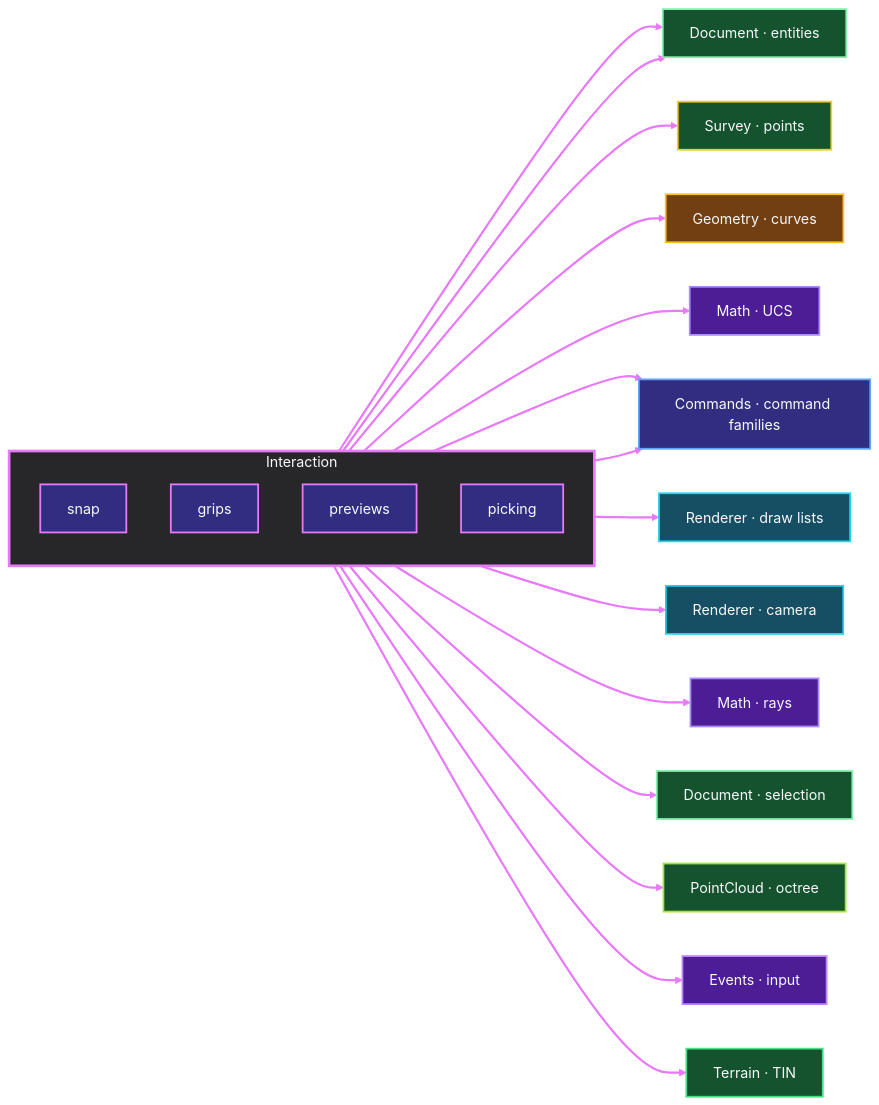
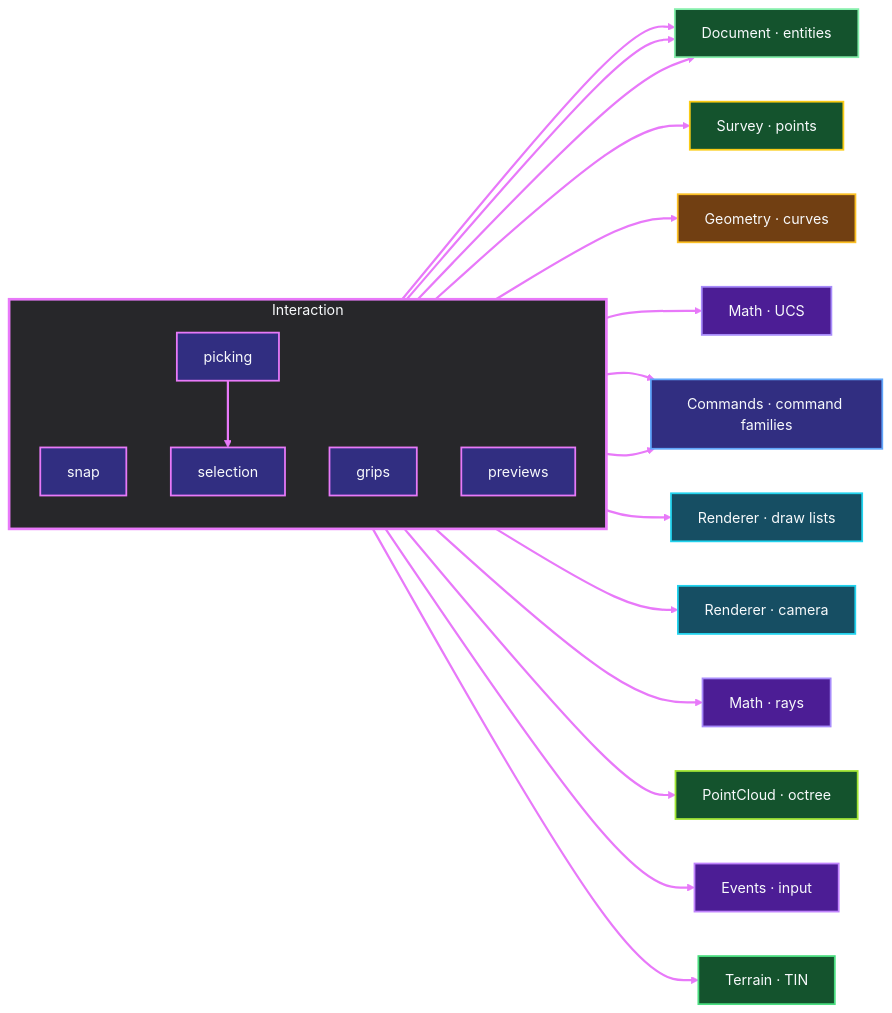
Diagram 23 of 42 in docs/architecture/system-dependencies.md (chetjones003/GoSurvey), drawn with Mermaid before and after one commit. The commit also changed other lines of this file and 5 other files, not shown here.

First line of the commit message:
docs(architecture): record drawing content and entity store ownership

````diff
--- a/docs/architecture/system-dependencies.md
+++ b/docs/architecture/system-dependencies.md
@@ -632,67 +632,69 @@
 ```mermaid
 flowchart LR
   subgraph interaction__SRC["Interaction"]
     direction TB
     interaction__snap["snap"]
     interaction__grips["grips"]
     interaction__prev["previews"]
     interaction__pick["picking"]
+    interaction__sel["selection"]
   end
   interaction__t_document_ent["Document · entities"]
   interaction__t_survey_pts["Survey · points"]
   interaction__t_geometry_curves["Geometry · curves"]
   interaction__t_math_ucs["Math · UCS"]
   interaction__t_commands_fam["Commands · command families"]
   interaction__t_renderer_lists["Renderer · draw lists"]
   interaction__t_renderer_cam["Renderer · camera"]
   interaction__t_math_rays["Math · rays"]
-  interaction__t_document_sel["Document · selection"]
   interaction__t_pointcloud_oct["PointCloud · octree"]
   interaction__t_events_input["Events · input"]
   interaction__t_terrain_tin["Terrain · TIN"]
   interaction__snap --> interaction__t_document_ent
   interaction__snap --> interaction__t_survey_pts
   interaction__snap --> interaction__t_geometry_curves
   interaction__snap --> interaction__t_math_ucs
   interaction__grips --> interaction__t_document_ent
   interaction__grips --> interaction__t_commands_fam
   interaction__prev --> interaction__t_renderer_lists
   interaction__prev --> interaction__t_commands_fam
   interaction__pick --> interaction__t_renderer_cam
   interaction__pick --> interaction__t_math_rays
-  interaction__pick --> interaction__t_document_sel
+  interaction__pick --> interaction__sel
   interaction__pick --> interaction__t_pointcloud_oct
   interaction__pick --> interaction__t_events_input
   interaction__pick --> interaction__t_terrain_tin
+  interaction__sel --> interaction__t_document_ent
   style interaction__SRC fill:#27272a,stroke:#e879f9,stroke-width:3px,color:#f8fafc
   style interaction__snap fill:#312e81,stroke:#e879f9,stroke-width:2px,color:#f8fafc
   style interaction__grips fill:#312e81,stroke:#e879f9,stroke-width:2px,color:#f8fafc
   style interaction__prev fill:#312e81,stroke:#e879f9,stroke-width:2px,color:#f8fafc
   style interaction__pick fill:#312e81,stroke:#e879f9,stroke-width:2px,color:#f8fafc
+  style interaction__sel fill:#312e81,stroke:#e879f9,stroke-width:2px,color:#f8fafc
   style interaction__t_document_ent fill:#14532d,stroke:#86efac,stroke-width:2px,color:#f8fafc
   style interaction__t_survey_pts fill:#14532d,stroke:#facc15,stroke-width:2px,color:#f8fafc
   style interaction__t_geometry_curves fill:#713f12,stroke:#fbbf24,stroke-width:2px,color:#f8fafc
   style interaction__t_math_ucs fill:#4c1d95,stroke:#a78bfa,stroke-width:2px,color:#f8fafc
   style interaction__t_commands_fam fill:#312e81,stroke:#60a5fa,stroke-width:2px,color:#f8fafc
   style interaction__t_renderer_lists fill:#164e63,stroke:#22d3ee,stroke-width:2px,color:#f8fafc
   style interaction__t_renderer_cam fill:#164e63,stroke:#22d3ee,stroke-width:2px,color:#f8fafc
   style interaction__t_math_rays fill:#4c1d95,stroke:#a78bfa,stroke-width:2px,color:#f8fafc
-  style interaction__t_document_sel fill:#14532d,stroke:#86efac,stroke-width:2px,color:#f8fafc
   style interaction__t_pointcloud_oct fill:#14532d,stroke:#a3e635,stroke-width:2px,color:#f8fafc
   style interaction__t_events_input fill:#4c1d95,stroke:#c084fc,stroke-width:2px,color:#f8fafc
   style interaction__t_terrain_tin fill:#14532d,stroke:#4ade80,stroke-width:2px,color:#f8fafc
   linkStyle 0 stroke:#e879f9,stroke-width:2.5px
   linkStyle 1 stroke:#e879f9,stroke-width:2.5px
   linkStyle 2 stroke:#e879f9,stroke-width:2.5px
   linkStyle 3 stroke:#e879f9,stroke-width:2.5px
   linkStyle 4 stroke:#e879f9,stroke-width:2.5px
   linkStyle 5 stroke:#e879f9,stroke-width:2.5px
   linkStyle 6 stroke:#e879f9,stroke-width:2.5px
   linkStyle 7 stroke:#e879f9,stroke-width:2.5px
   linkStyle 8 stroke:#e879f9,stroke-width:2.5px
   linkStyle 9 stroke:#e879f9,stroke-width:2.5px
   linkStyle 10 stroke:#e879f9,stroke-width:2.5px
   linkStyle 11 stroke:#e879f9,stroke-width:2.5px
   linkStyle 12 stroke:#e879f9,stroke-width:2.5px
   linkStyle 13 stroke:#e879f9,stroke-width:2.5px
+  linkStyle 14 stroke:#e879f9,stroke-width:2.5px
 ```
````
